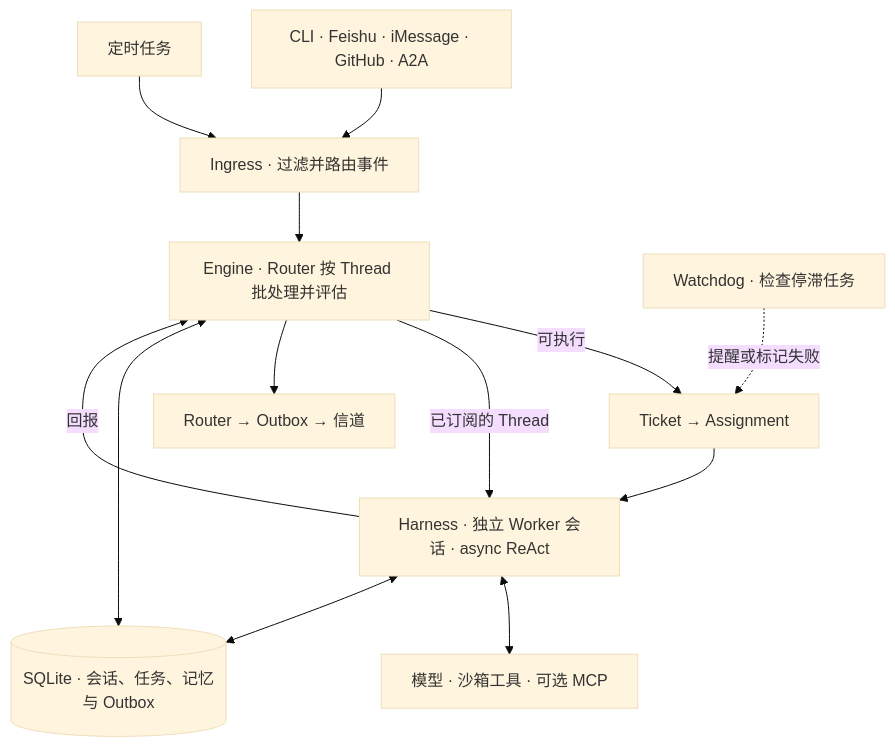
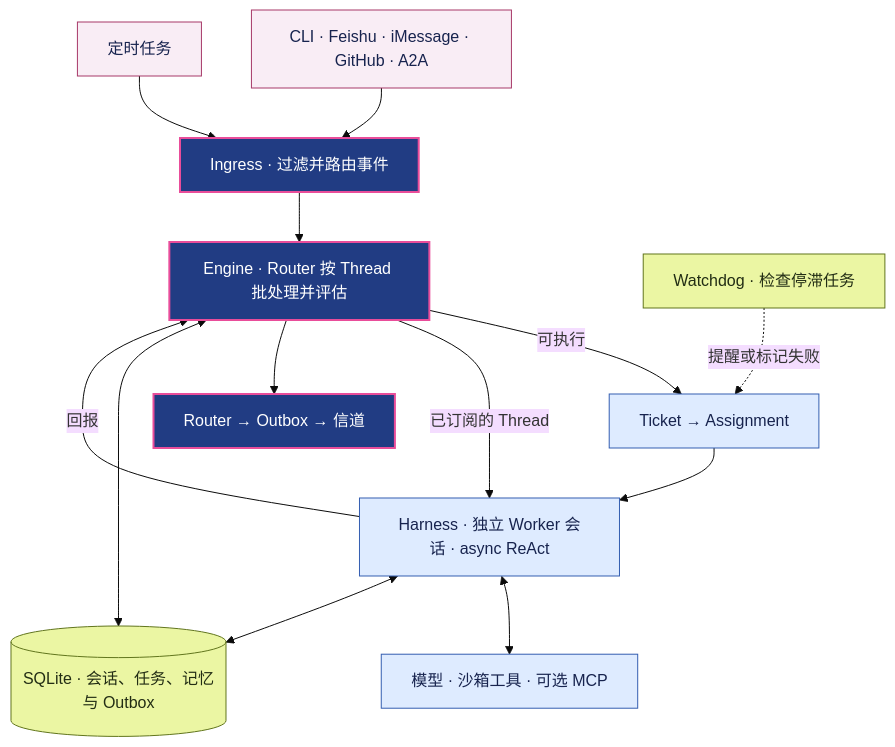
Before and after one commit to LofiSu/dsh-super-agent: the diagram in README.zh-CN.md, drawn with Mermaid (base theme). The commit also changed other lines of this file and 5 other files, not shown here.

````diff
--- a/README.zh-CN.md
+++ b/README.zh-CN.md
@@ -27,25 +27,34 @@
 ```mermaid
 flowchart TD
   Sources["CLI · Feishu · iMessage · GitHub · A2A"]
   Routines["定时任务"]
   Ingress["Ingress · 过滤并路由事件"]
   Router["Engine · Router 按 Thread 批处理并评估"]
   Assign["Ticket → Assignment"]
   Worker["Harness · 独立 Worker 会话 · async ReAct"]
   Tools["模型 · 沙箱工具 · 可选 MCP"]
   Store[("SQLite · 会话、任务、记忆与 Outbox")]
   Watchdog["Watchdog · 检查停滞任务"]
   Outbox["Router → Outbox → 信道"]
 
   Sources --> Ingress
   Routines --> Ingress
   Ingress --> Router
   Router -->|可执行| Assign --> Worker
   Router -->|已订阅的 Thread| Worker
   Worker <--> Tools
   Worker -->|回报| Router
   Router --> Outbox
   Router <--> Store
   Worker <--> Store
   Watchdog -.->|提醒或标记失败| Assign
+
+  classDef input fill:#F9EDF5,stroke:#A73968,color:#17234E
+  classDef route fill:#213C83,stroke:#E94D9A,color:#FFFFFF,stroke-width:2px
+  classDef work fill:#DEEBFF,stroke:#345EB1,color:#17234E
+  classDef support fill:#EBF6A3,stroke:#61751D,color:#222D14
+  class Sources,Routines input
+  class Ingress,Router,Outbox route
+  class Assign,Worker,Tools work
+  class Store,Watchdog support
 ```
````
